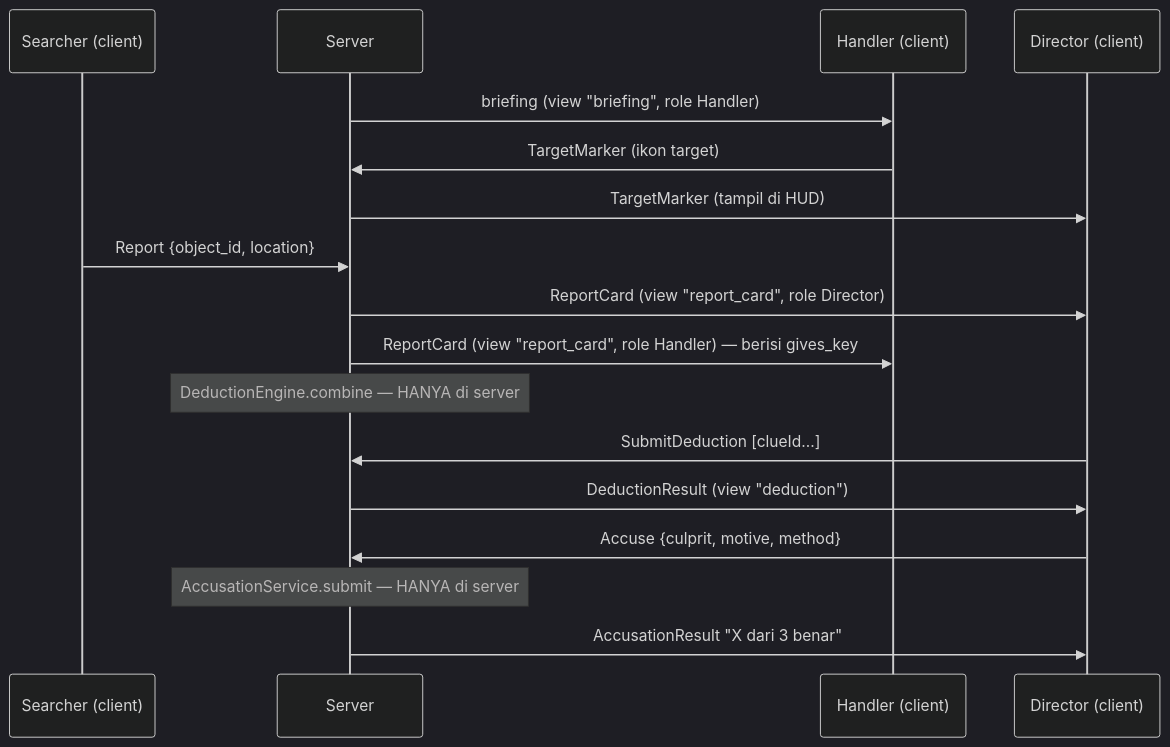
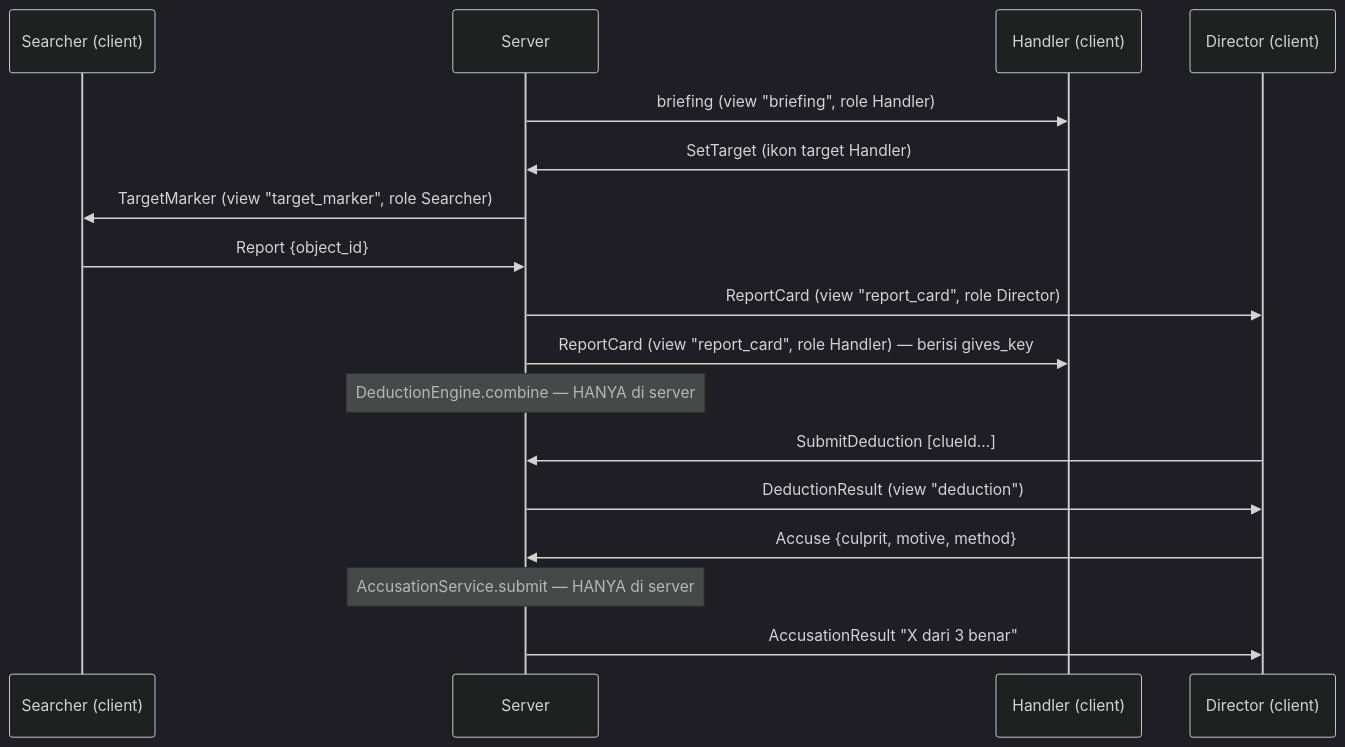
One commit to jettapindika/triangulate changed the diagram in docs/arsitektur.md. Above: the diagram before and after it, drawn with Mermaid (dark theme). The commit also changed other lines of this file and 1 other file, not shown here.

````diff
--- a/docs/arsitektur.md
+++ b/docs/arsitektur.md
@@ -203,20 +203,20 @@
 ```mermaid
 sequenceDiagram
     participant S as Searcher (client)
     participant Srv as Server
     participant H as Handler (client)
     participant D as Director (client)
 
     Srv->>H: briefing (view "briefing", role Handler)
-    H->>Srv: TargetMarker (ikon target)
-    Srv->>D: TargetMarker (tampil di HUD)
-    S->>Srv: Report {object_id, location}
+    H->>Srv: SetTarget (ikon target Handler)
+    Srv->>S: TargetMarker (view "target_marker", role Searcher)
+    S->>Srv: Report {object_id}
     Srv->>D: ReportCard (view "report_card", role Director)
     Srv->>H: ReportCard (view "report_card", role Handler) — berisi gives_key
     Note over Srv: DeductionEngine.combine — HANYA di server
     D->>Srv: SubmitDeduction [clueId...]
     Srv->>D: DeductionResult (view "deduction")
     D->>Srv: Accuse {culprit, motive, method}
     Note over Srv: AccusationService.submit — HANYA di server
     Srv->>D: AccusationResult "X dari 3 benar"
 ```
````
